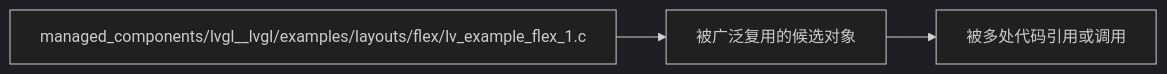
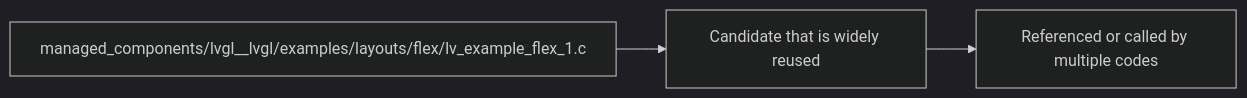
The diagram in docs/engineering/technical-hotspots/reuse-pressure--lv_examples-h/technical-hotspot.md (manmuqingshan/trail-mate), drawn with Mermaid (dark theme) before and after one commit. The commit also changed other lines of this file and 527 other files, not shown here.

````diff
--- a/docs/engineering/technical-hotspots/reuse-pressure--lv_examples-h/technical-hotspot.md
+++ b/docs/engineering/technical-hotspots/reuse-pressure--lv_examples-h/technical-hotspot.md
@@ -40,8 +40,8 @@
 ```mermaid
 flowchart LR
   target["managed_components/lvgl__lvgl/examples/layouts/flex/lv_example_flex_1.c"]
-  hotspot["被广泛复用的候选对象"]
-  signal["被多处代码引用或调用"]
+ hotspot["Candidate that is widely reused"]
+ signal["Referenced or called by multiple codes"]
   target --> hotspot
   hotspot --> signal
 ```
````
